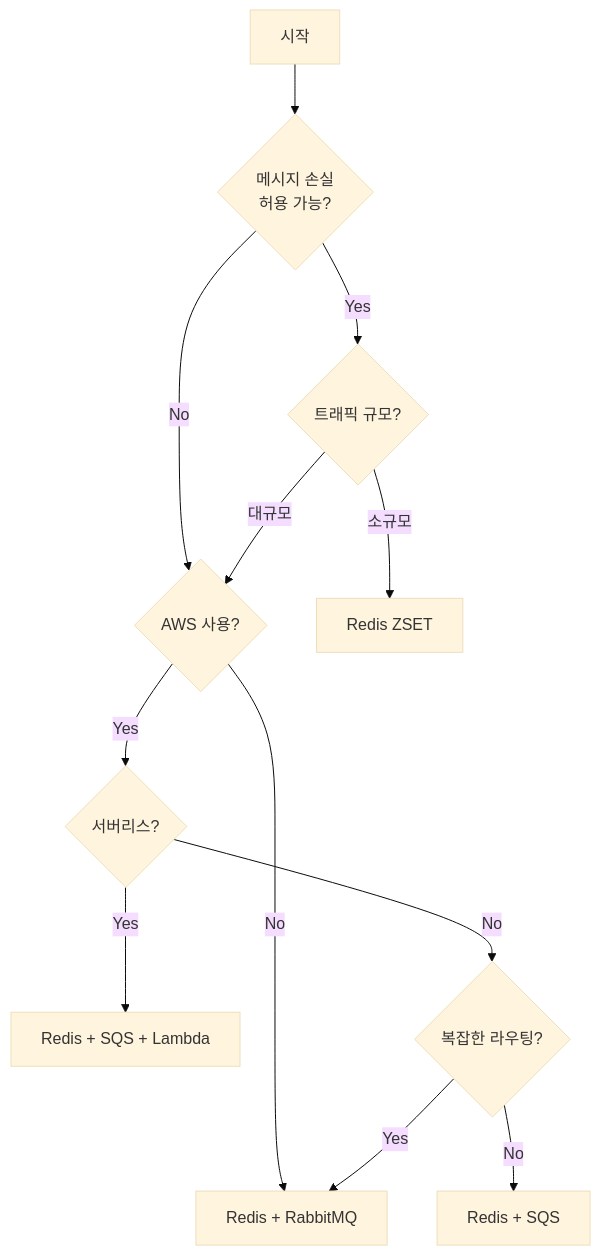
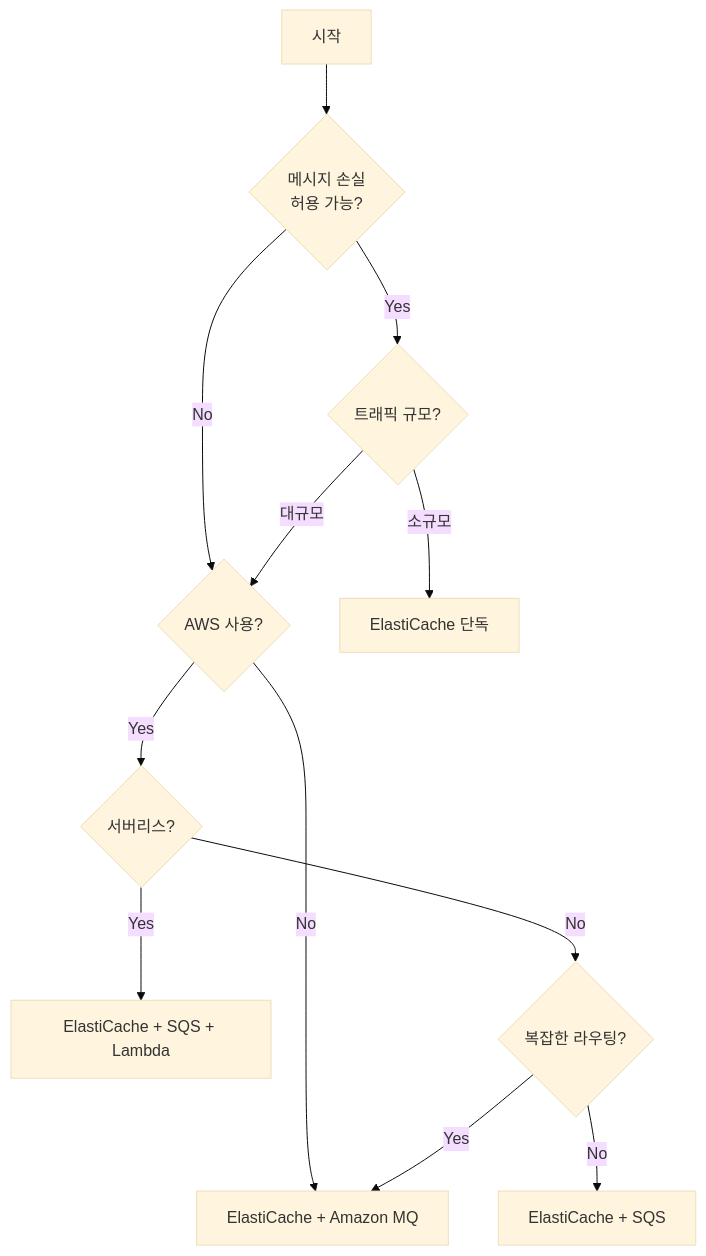
Before and after one commit to niceguy61/ticketing_queue_example: the diagram in guide/04-comparison.md, drawn with Mermaid (base theme). The commit also changed other lines of this file and 1 other file, not shown here.

Commit message:
radar chart add

````diff
--- a/guide/04-comparison.md
+++ b/guide/04-comparison.md
@@ -78,19 +113,19 @@
 ```mermaid
 flowchart TD
     Start[시작] --> Q1{메시지 손실<br/>허용 가능?}
     
     Q1 -->|Yes| Q2{트래픽 규모?}
     Q1 -->|No| Q3{AWS 사용?}
     
-    Q2 -->|소규모| Redis[Redis ZSET]
+    Q2 -->|소규모| EC[ElastiCache 단독]
     Q2 -->|대규모| Q3
     
     Q3 -->|Yes| Q4{서버리스?}
-    Q3 -->|No| RMQ[Redis + RabbitMQ]
+    Q3 -->|No| AMQ[ElastiCache + Amazon MQ]
     
-    Q4 -->|Yes| SQS[Redis + SQS + Lambda]
+    Q4 -->|Yes| SQS[ElastiCache + SQS + Lambda]
     Q4 -->|No| Q5{복잡한 라우팅?}
     
-    Q5 -->|Yes| RMQ
-    Q5 -->|No| SQS2[Redis + SQS]
+    Q5 -->|Yes| AMQ
+    Q5 -->|No| SQS2[ElastiCache + SQS]
 ```
````
